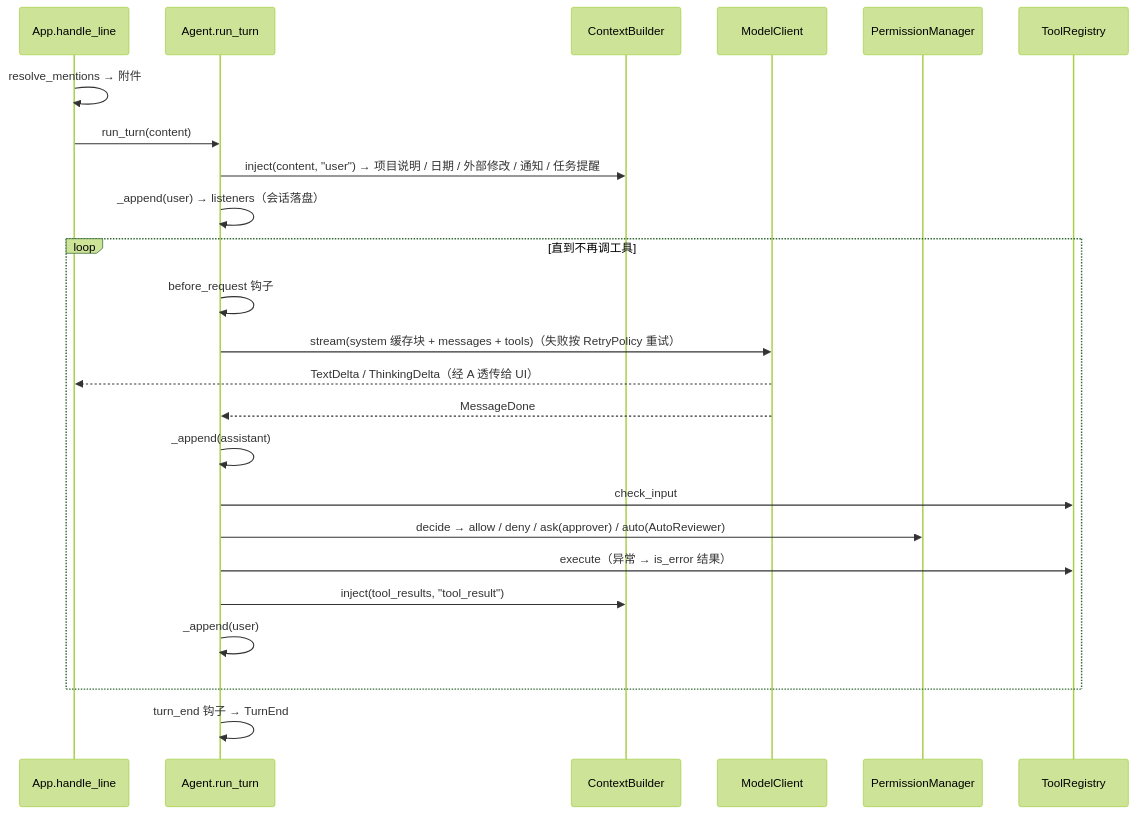
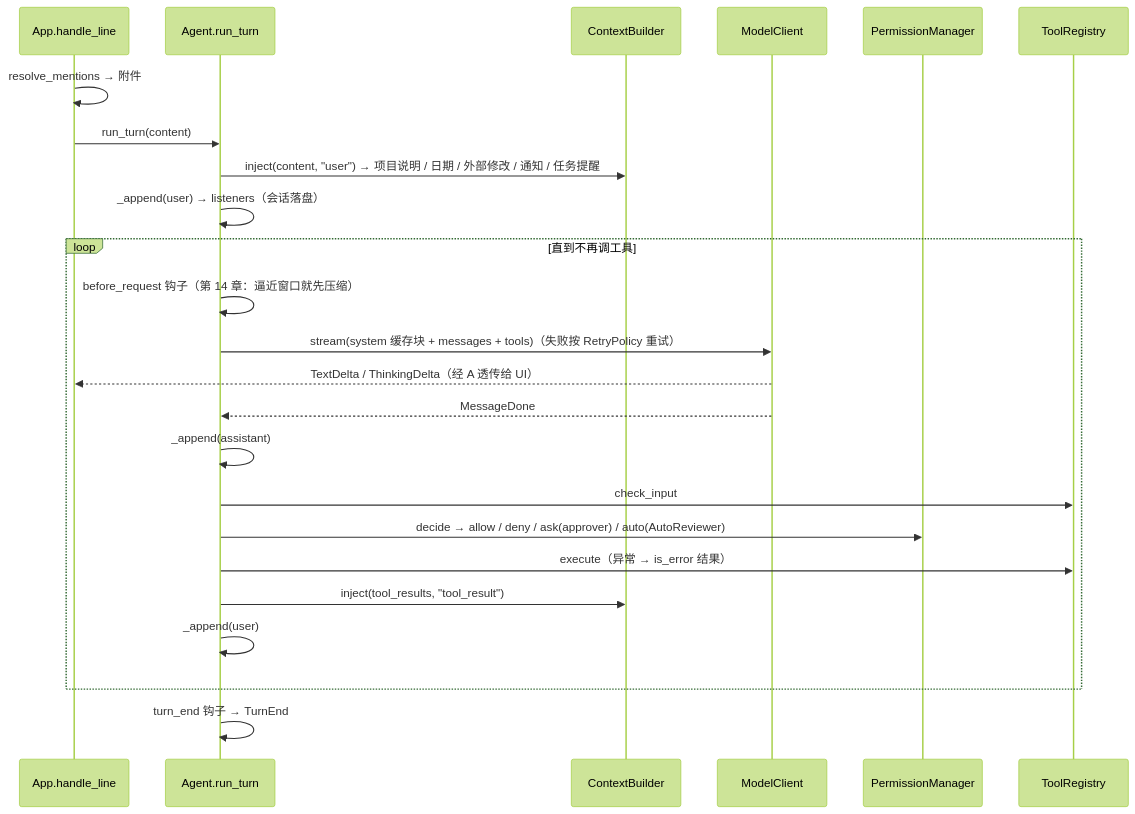
One commit to advence-liz/agent-learning changed the second of 2 diagrams in code/mini_cc/ARCHITECTURE.md. Above: the diagram before and after it, drawn with Mermaid (forest theme). The commit also changed other lines of this file and 11 other files, not shown here.

````diff
--- a/code/mini_cc/ARCHITECTURE.md
+++ b/code/mini_cc/ARCHITECTURE.md
@@ -57,26 +58,26 @@
 ```mermaid
 sequenceDiagram
     participant App as App.handle_line
     participant A as Agent.run_turn
     participant C as ContextBuilder
     participant M as ModelClient
     participant P as PermissionManager
     participant T as ToolRegistry
     App->>App: resolve_mentions → 附件
     App->>A: run_turn(content)
     A->>C: inject(content, "user") → 项目说明 / 日期 / 外部修改 / 通知 / 任务提醒
     A->>A: _append(user) → listeners（会话落盘）
     loop 直到不再调工具
-        A->>A: before_request 钩子
+        A->>A: before_request 钩子（第 14 章：逼近窗口就先压缩）
         A->>M: stream(system 缓存块 + messages + tools)（失败按 RetryPolicy 重试）
         M-->>App: TextDelta / ThinkingDelta（经 A 透传给 UI）
         M-->>A: MessageDone
         A->>A: _append(assistant)
         A->>T: check_input
         A->>P: decide → allow / deny / ask(approver) / auto(AutoReviewer)
         A->>T: execute（异常 → is_error 结果）
         A->>C: inject(tool_results, "tool_result")
         A->>A: _append(user)
     end
     A->>A: turn_end 钩子 → TurnEnd
 ```
````
